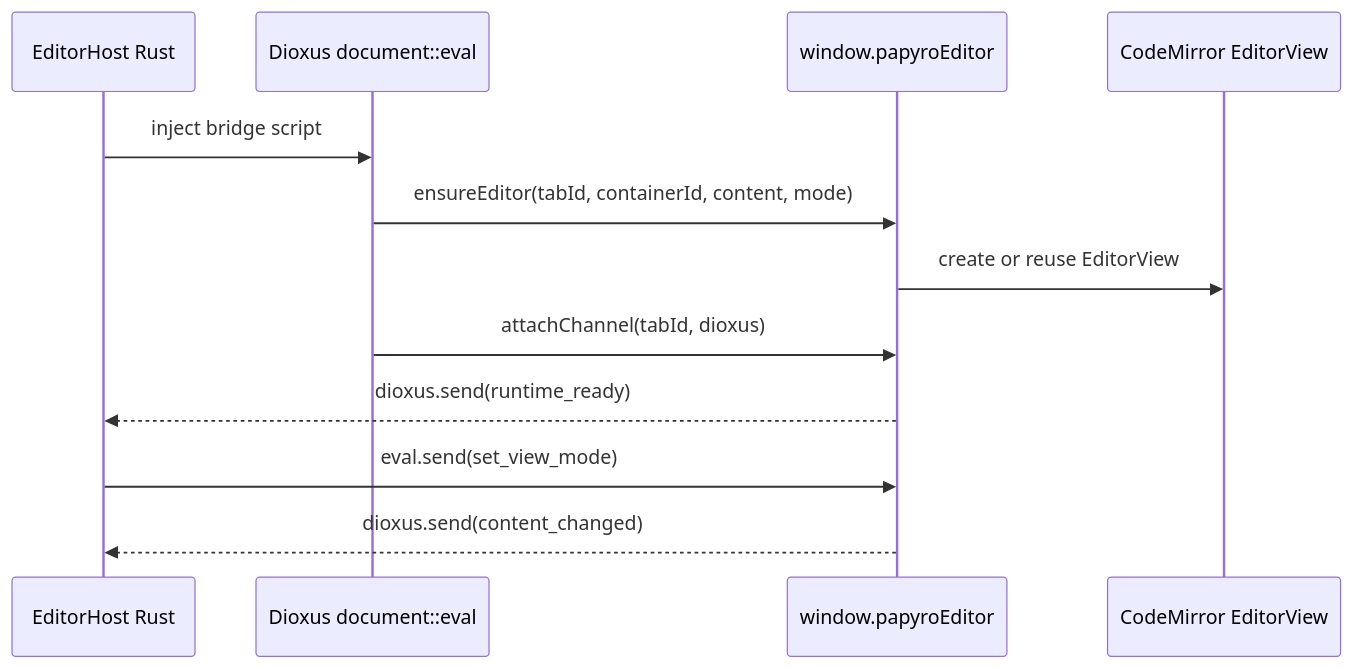
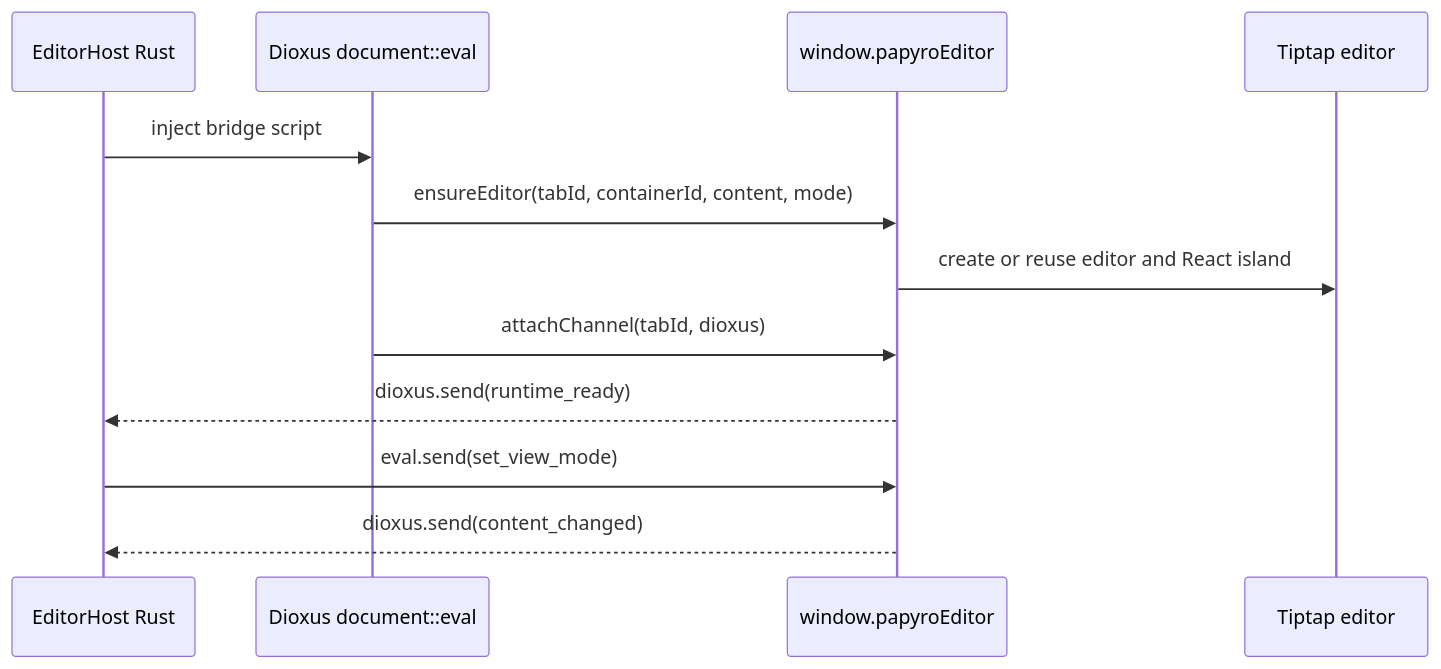
One commit to Youzi2233/papyro changed the sixth of 8 diagrams in docs/architecture.md. Above: the diagram before and after it, drawn with Mermaid. The commit also changed other lines of this file and 25 other files, not shown here.

Commit message:
refactor: establish tiptap react island

````diff
--- a/docs/architecture.md
+++ b/docs/architecture.md
@@ -477,15 +479,15 @@
 ```mermaid
 sequenceDiagram
     participant Rust as EditorHost Rust
     participant Eval as Dioxus document::eval
     participant JS as window.papyroEditor
-    participant CM as CodeMirror EditorView
+    participant TT as Tiptap editor
 
     Rust->>Eval: inject bridge script
     Eval->>JS: ensureEditor(tabId, containerId, content, mode)
-    JS->>CM: create or reuse EditorView
+    JS->>TT: create or reuse editor and React island
     Eval->>JS: attachChannel(tabId, dioxus)
     JS-->>Rust: dioxus.send(runtime_ready)
     Rust->>JS: eval.send(set_view_mode)
     JS-->>Rust: dioxus.send(content_changed)
 ```
````
